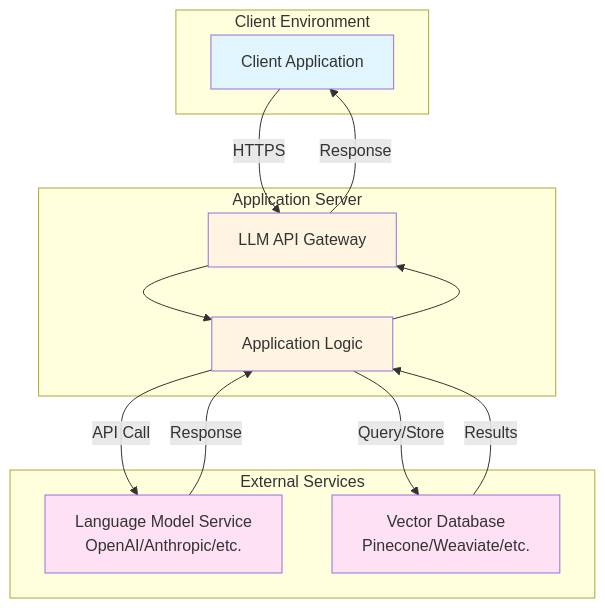
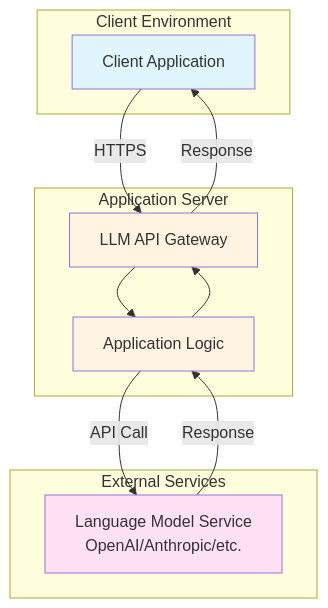
One commit to OWASP/www-project-top-10-for-large-language-model-applications changed the first of 2 diagrams in initiatives/genai_red_team_handbook/sandbox_templates/llm_local/README.md. Above: the diagram before and after it, drawn with Mermaid. The commit also changed other lines of this file and 5 other files, not shown here.

````diff
--- a/initiatives/genai_red_team_handbook/sandbox_templates/llm_local/README.md
+++ b/initiatives/genai_red_team_handbook/sandbox_templates/llm_local/README.md
@@ -21,31 +21,27 @@
 ```mermaid
 graph TB
     subgraph "Client Environment"
         Client[Client Application]
     end
     
     subgraph "Application Server"
         API[LLM API Gateway]
         AppLogic[Application Logic]
     end
     
     subgraph "External Services"
         LLM[Language Model Service<br/>OpenAI/Anthropic/etc.]
-        VectorDB[Vector Database<br/>Pinecone/Weaviate/etc.]
     end
     
     Client -->|HTTPS| API
     API --> AppLogic
     AppLogic -->|API Call| LLM
-    AppLogic -->|Query/Store| VectorDB
     LLM -->|Response| AppLogic
-    VectorDB -->|Results| AppLogic
     AppLogic --> API
     API -->|Response| Client
     
     style Client fill:#e1f5ff
     style API fill:#fff4e1
     style AppLogic fill:#fff4e1
     style LLM fill:#ffe1f5
-    style VectorDB fill:#ffe1f5
 ```
````
